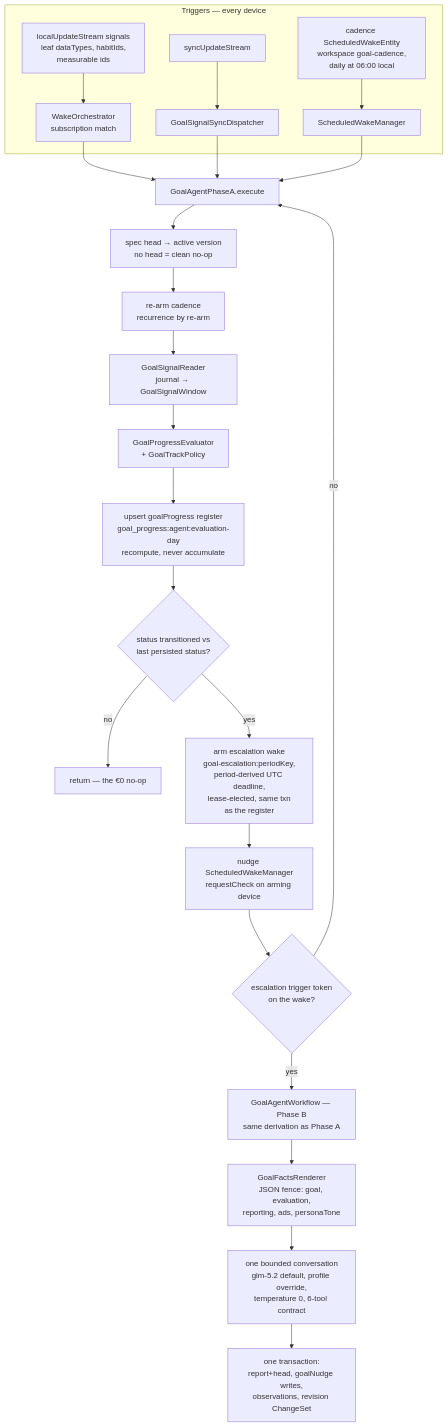
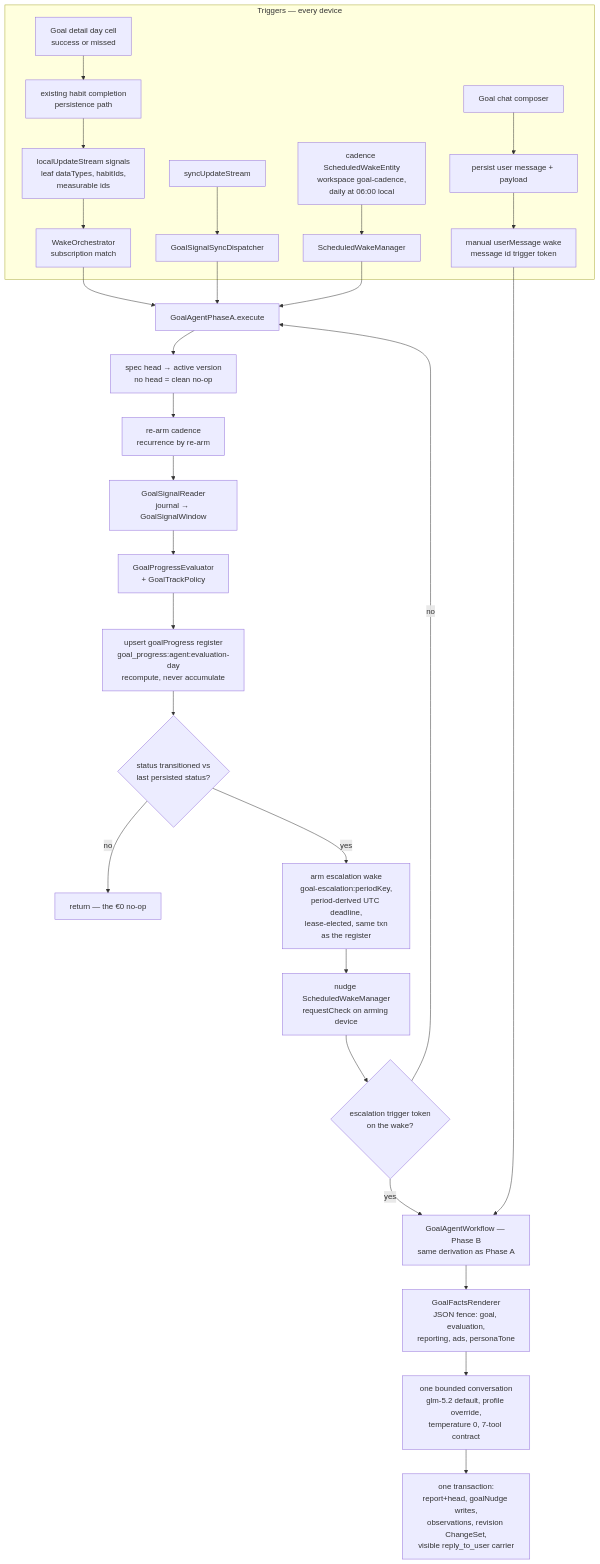
Before and after one commit to matthiasn/lotti: the diagram in knowledge/features/goals.md, drawn with Mermaid. The commit also changed other lines of this file and 118 other files, not shown here.

Commit message:
feat: complete Goal Agents chat, progress, and governance UI (#3883)

````diff
--- a/knowledge/features/goals.md
+++ b/knowledge/features/goals.md
@@ -68,26 +68,31 @@
 ```mermaid
 flowchart TD
     subgraph triggers [Triggers — every device]
         SIG[localUpdateStream signals\nleaf dataTypes, habitIds,\nmeasurable ids] --> ORCH[WakeOrchestrator\nsubscription match]
         SYNC[syncUpdateStream] --> DISP[GoalSignalSyncDispatcher]
         CAD[cadence ScheduledWakeEntity\nworkspace goal-cadence,\ndaily at 06:00 local] --> MGR[ScheduledWakeManager]
+        CHAT[Goal chat composer] --> STORE[persist user message + payload]
+        STORE --> USERWAKE[manual userMessage wake\nmessage id trigger token]
+        DAYEDIT[Goal detail day cell\nsuccess or missed] --> HABITWRITE[existing habit completion\npersistence path]
+        HABITWRITE --> SIG
     end
     ORCH --> PA[GoalAgentPhaseA.execute]
     DISP --> PA
     MGR --> PA
     PA --> HEAD[spec head → active version\nno head = clean no-op]
     HEAD --> REARM[re-arm cadence\nrecurrence by re-arm]
     REARM --> READ[GoalSignalReader\njournal → GoalSignalWindow]
     READ --> EVAL[GoalProgressEvaluator\n+ GoalTrackPolicy]
     EVAL --> REG[upsert goalProgress register\ngoal_progress:agent:evaluation-day\nrecompute, never accumulate]
     REG --> TRANS{status transitioned vs\nlast persisted status?}
     TRANS -- no --> DONE[return — the €0 no-op]
     TRANS -- yes --> ESC[arm escalation wake\ngoal-escalation:periodKey,\nperiod-derived UTC deadline,\nlease-elected, same txn\nas the register]
     ESC --> NUDGE[nudge ScheduledWakeManager\nrequestCheck on arming device]
     NUDGE --> ROUTE{escalation trigger token\non the wake?}
     ROUTE -- no --> PA
     ROUTE -- yes --> PB[GoalAgentWorkflow — Phase B\nsame derivation as Phase A]
+    USERWAKE --> PB
     PB --> FACTS[GoalFactsRenderer\nJSON fence: goal, evaluation,\nreporting, ads, personaTone]
-    FACTS --> CONV[one bounded conversation\nglm-5.2 default, profile override,\ntemperature 0, 6-tool contract]
-    CONV --> OUT[one transaction:\nreport+head, goalNudge writes,\nobservations, revision ChangeSet]
+    FACTS --> CONV[one bounded conversation\nglm-5.2 default, profile override,\ntemperature 0, 7-tool contract]
+    CONV --> OUT[one transaction:\nreport+head, goalNudge writes,\nobservations, revision ChangeSet,\nvisible reply_to_user carrier]
 ```
````
